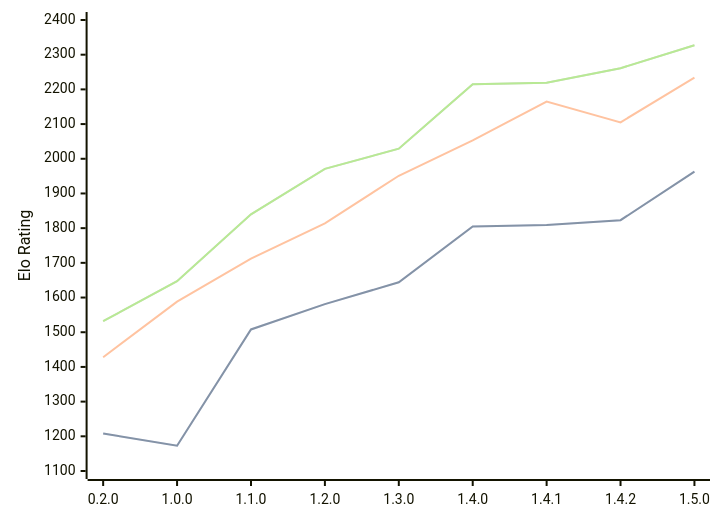
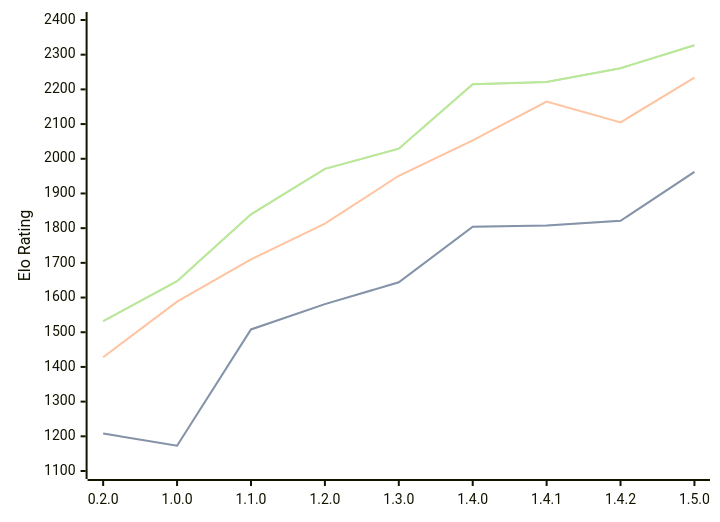
The diagram in engines/Zeppelin.md (computer-chess-index/cci), drawn with Mermaid before and after one commit. The commit also changed other lines of this file, not shown here.

Commit message:
Update CCI Ratings (ELO VLTC) - 2026-05-05

````diff
--- a/engines/Zeppelin.md
+++ b/engines/Zeppelin.md
@@ -41,11 +41,11 @@
 ```mermaid
 %%{init: {"theme":"base","themeVariables":{"seriesColors:['#a3a3a3','#222221','#faa371']}}}%%
 xychart-beta
   x-axis ["0.2.0", "1.0.0", "1.1.0", "1.2.0", "1.3.0", "1.4.0", "1.4.1", "1.4.2", "1.5.0"]
   y-axis "Elo Rating" 1100 --> 2400
-  line "STC (8.0+0.08s)" [1208, 1173, 1508, 1581, 1644, 1805, 1809, 1823, 1963]
-  line "STC (8.0+0.08s)" [1208, 1173, 1508, 1581, 1644, 1805, 1809, 1823, 1963]
-  line "LTC (60.0+0.60s)" [1428, 1588, 1712, 1814, 1951, 2053, 2165, 2105, 2234]
-  line "VLTC (2m24s+1.12s)" [1532, 1647, 1840, 1971, 2029, 2215, 2219, 2261, 2327]
-  line "VLTC (2m24s+1.12s)" [1532, 1647, 1840, 1971, 2029, 2215, 2219, 2261, 2327]
+  line "STC (8.0+0.08s)" [1208, 1173, 1508, 1581, 1644, 1804, 1808, 1821, 1962]
+  line "STC (8.0+0.08s)" [1208, 1173, 1508, 1581, 1644, 1804, 1808, 1821, 1962]
+  line "LTC (60.0+0.60s)" [1428, 1588, 1710, 1813, 1951, 2053, 2165, 2105, 2234]
+  line "VLTC (2m24s+1.12s)" [1532, 1647, 1840, 1971, 2029, 2215, 2221, 2261, 2327]
+  line "VLTC (2m24s+1.12s)" [1532, 1647, 1840, 1971, 2029, 2215, 2221, 2261, 2327]
 ```
````
